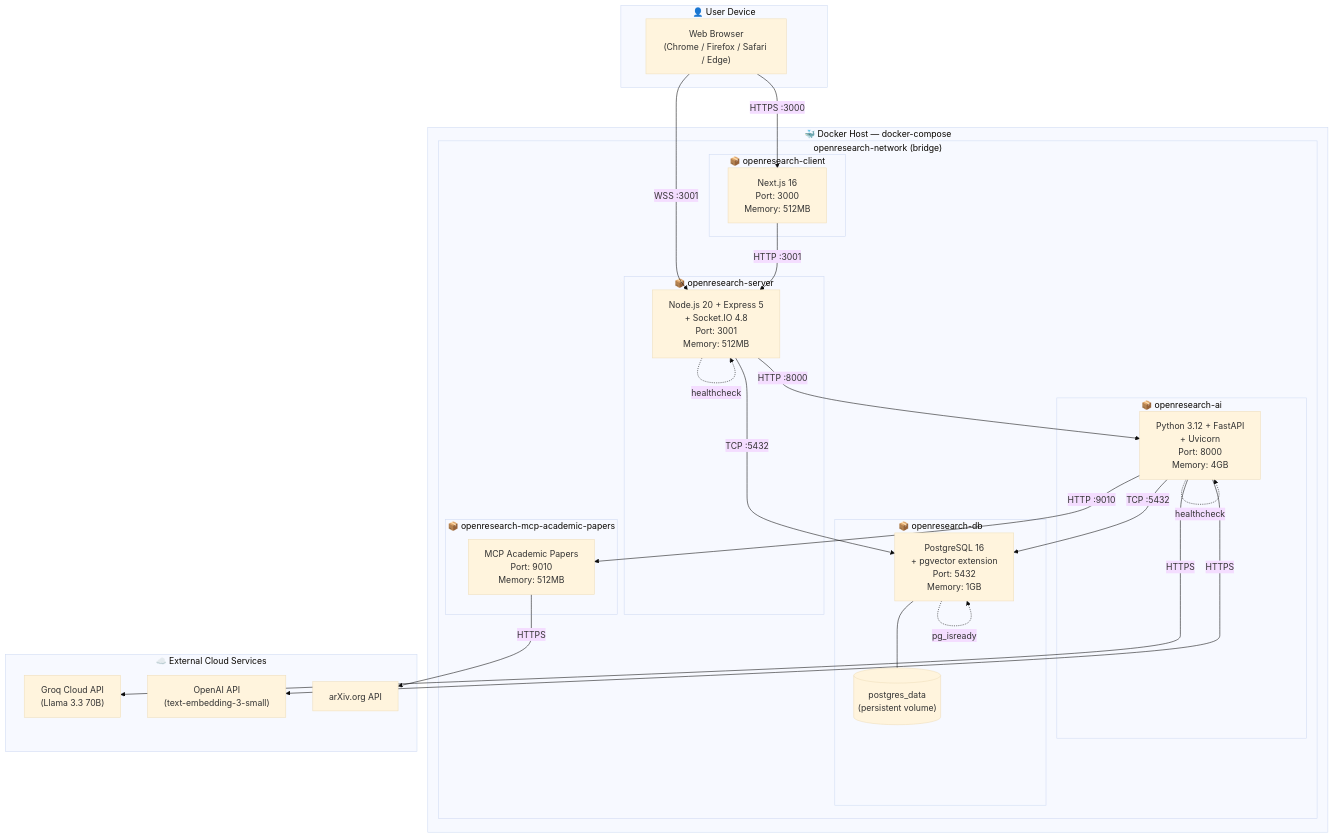
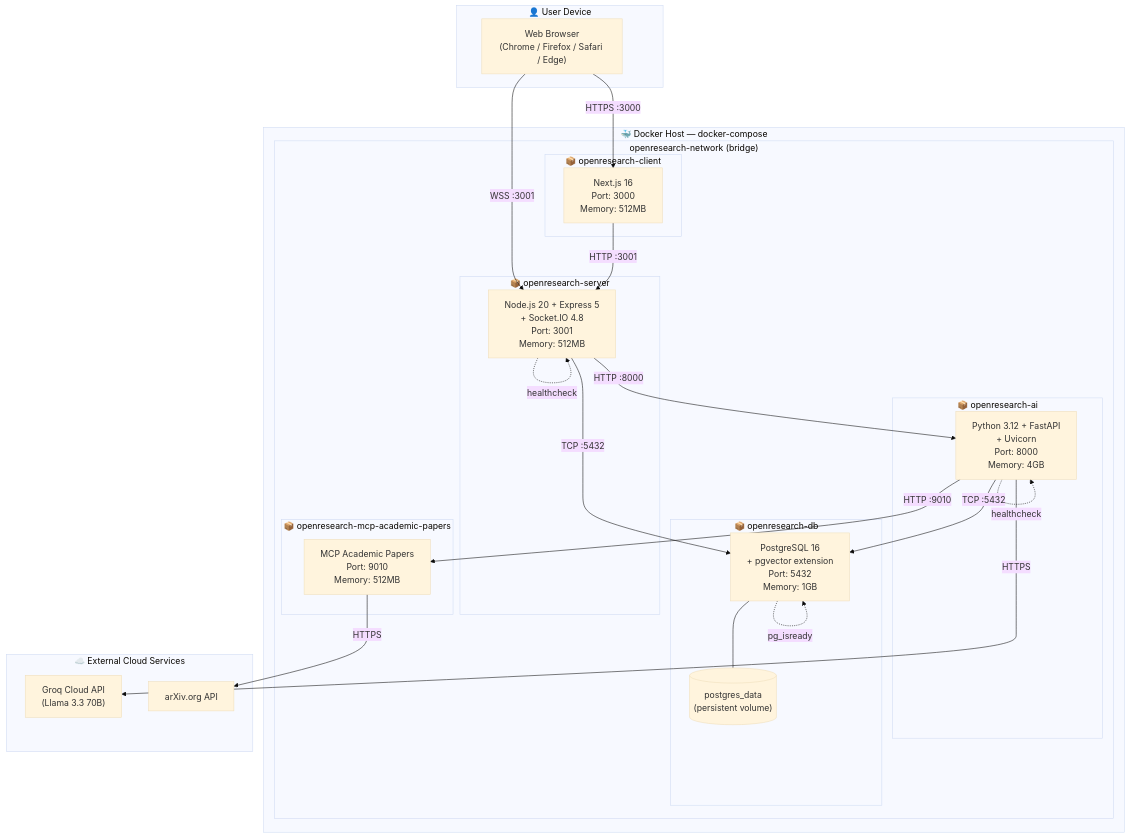
Diagram 11 of 11 in docs/UML-Diagrams.md (BRUH-MAIN/OpenResearch), drawn with Mermaid (base theme) before and after one commit. The commit also changed other lines of this file and 44 other files, not shown here.

````diff
--- a/docs/UML-Diagrams.md
+++ b/docs/UML-Diagrams.md
@@ -622,60 +615,58 @@
 ```mermaid
 graph TB
     subgraph UserDevice ["👤 User Device"]
         Browser["Web Browser<br/>(Chrome / Firefox / Safari / Edge)"]
     end
 
     subgraph DockerHost ["🐳 Docker Host — docker-compose"]
         subgraph Network ["openresearch-network (bridge)"]
 
             subgraph ClientContainer ["📦 openresearch-client"]
                 NextJS["Next.js 16<br/>Port: 3000<br/>Memory: 512MB"]
             end
 
             subgraph ServerContainer ["📦 openresearch-server"]
                 Express["Node.js 20 + Express 5<br/>+ Socket.IO 4.8<br/>Port: 3001<br/>Memory: 512MB"]
             end
 
             subgraph AIContainer ["📦 openresearch-ai"]
                 FastAPI["Python 3.12 + FastAPI<br/>+ Uvicorn<br/>Port: 8000<br/>Memory: 4GB"]
             end
 
             subgraph MCPContainer ["📦 openresearch-mcp-academic-papers"]
                 MCPServer["MCP Academic Papers<br/>Port: 9010<br/>Memory: 512MB"]
             end
 
             subgraph DBContainer ["📦 openresearch-db"]
                 Postgres["PostgreSQL 16<br/>+ pgvector extension<br/>Port: 5432<br/>Memory: 1GB"]
                 Volume[("postgres_data<br/>(persistent volume)")]
             end
 
         end
     end
 
     subgraph ExternalServices ["☁️ External Cloud Services"]
         GroqCloud["Groq Cloud API<br/>(Llama 3.3 70B)"]
-        OpenAICloud["OpenAI API<br/>(text-embedding-3-small)"]
         ArXivService["arXiv.org API"]
     end
 
     %% Connections
     Browser -->|"HTTPS :3000"| NextJS
     Browser -->|"WSS :3001"| Express
 
     NextJS -->|"HTTP :3001"| Express
     Express -->|"HTTP :8000"| FastAPI
     FastAPI -->|"HTTP :9010"| MCPServer
 
     Express -->|"TCP :5432"| Postgres
     FastAPI -->|"TCP :5432"| Postgres
     Postgres --- Volume
 
     FastAPI -->|"HTTPS"| GroqCloud
-    FastAPI -->|"HTTPS"| OpenAICloud
     MCPServer -->|"HTTPS"| ArXivService
 
     %% Health Checks
     Express -.->|healthcheck| Express
     FastAPI -.->|healthcheck| FastAPI
     Postgres -.->|pg_isready| Postgres
 ```
````
